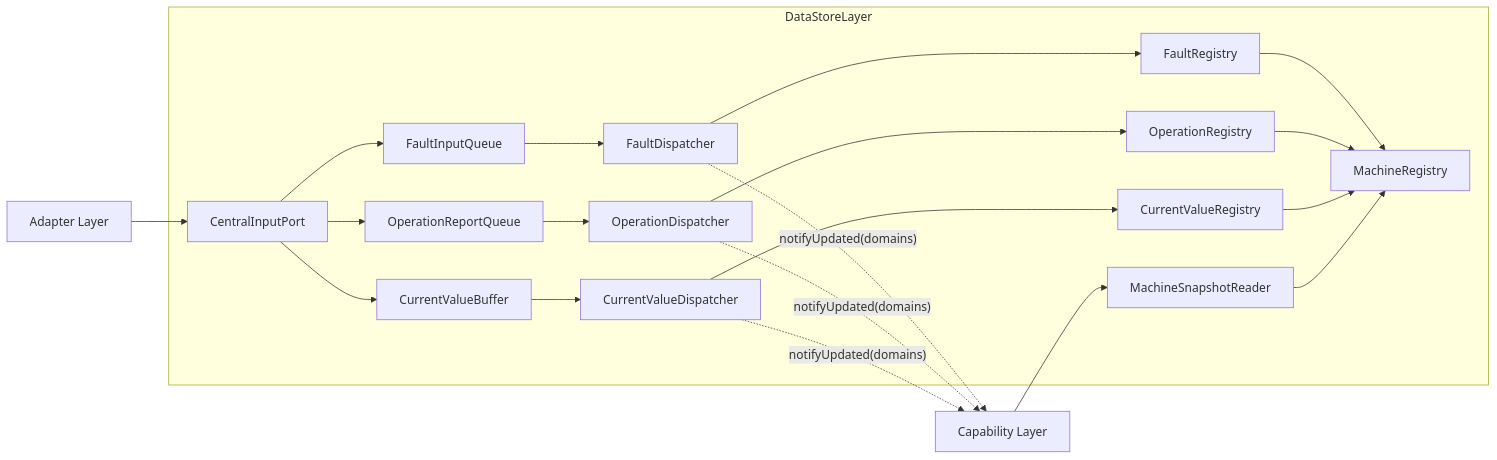
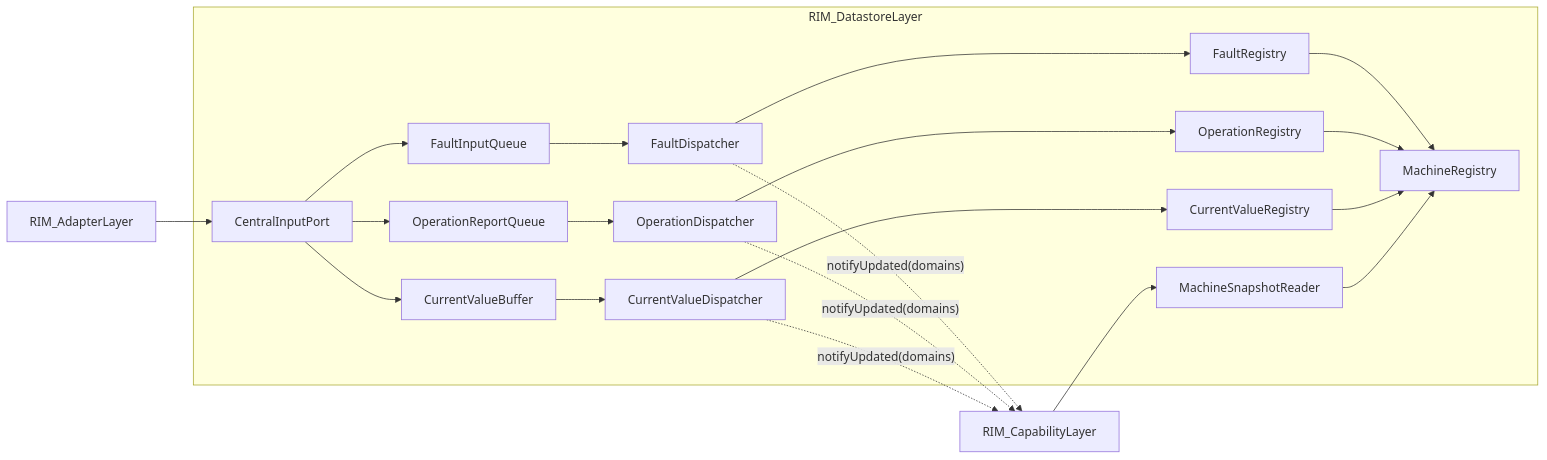
The second of 7 diagrams in ex/DataStore/DataStoreLayer仕様設計書.md (ceedling-vxworks-test-generator/printer-fw), drawn with Mermaid before and after one commit. The commit also changed other lines of this file and 34 other files, not shown here.

````diff
--- a/ex/DataStore/DataStoreLayer仕様設計書.md
+++ b/ex/DataStore/DataStoreLayer仕様設計書.md
@@ -137,55 +137,55 @@
 ```mermaid
 flowchart LR
 
-Adapter[Adapter Layer]
+Adapter[RIM_AdapterLayer]
 
-subgraph DataStoreLayer
+subgraph RIM_DatastoreLayer
 
 CIP[CentralInputPort]
 
 FRQ[FaultInputQueue]
 ORQ[OperationReportQueue]
 CVB[CurrentValueBuffer]
 
 FD[FaultDispatcher]
 OD[OperationDispatcher]
 CVD[CurrentValueDispatcher]
 
 MR[MachineRegistry]
 
 FR[FaultRegistry]
 OPR[OperationRegistry]
 CVR[CurrentValueRegistry]
 
 MSR[MachineSnapshotReader]
 
 end
 
-CAP[Capability Layer]
+CAP[RIM_CapabilityLayer]
 
 Adapter --> CIP
 
 CIP --> FRQ
 CIP --> ORQ
 CIP --> CVB
 
 FRQ --> FD
 ORQ --> OD
 CVB --> CVD
 
 FD --> FR
 OD --> OPR
 CVD --> CVR
 
 FR --> MR
 OPR --> MR
 CVR --> MR
 
 FD -. notifyUpdated(domains) .-> CAP
 OD -. notifyUpdated(domains) .-> CAP
 CVD -. notifyUpdated(domains) .-> CAP
 
 CAP --> MSR
 
 MSR --> MR
 ```
````
